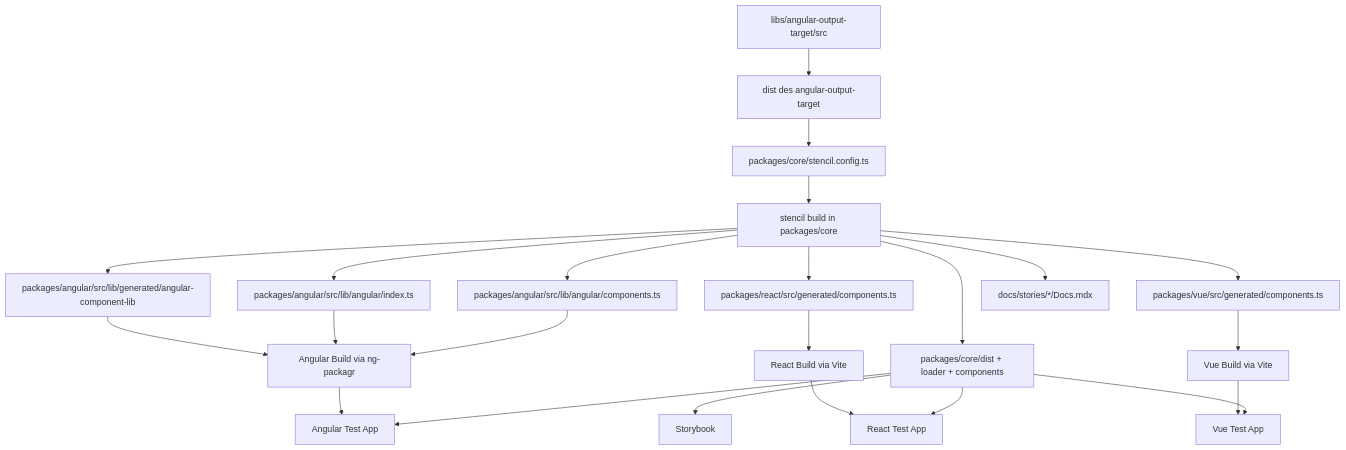
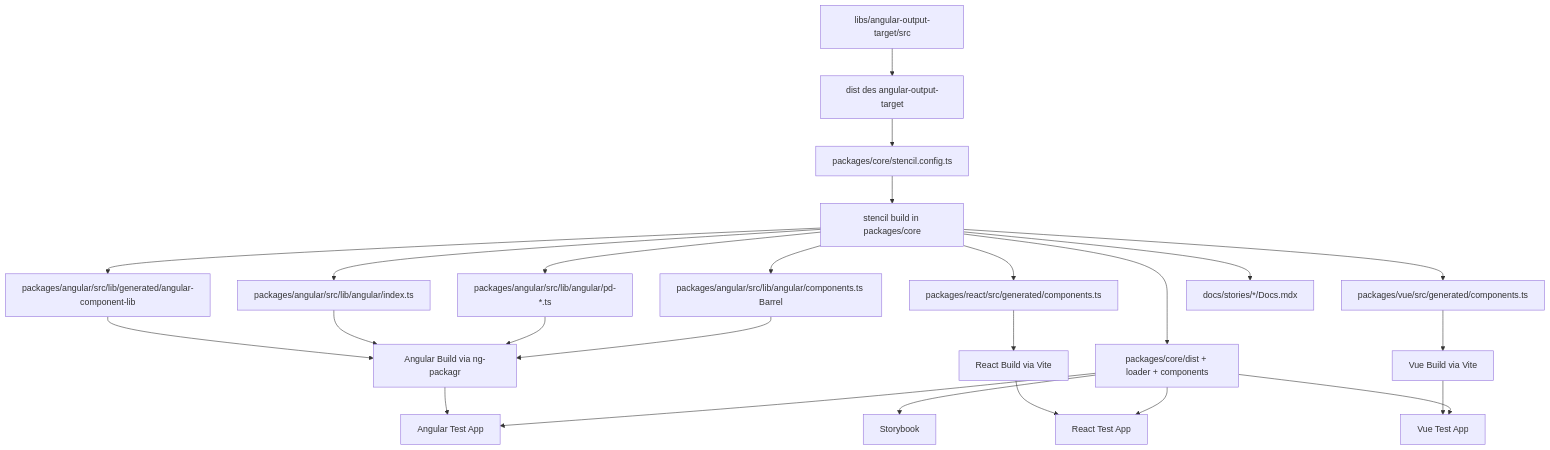
One commit to Begasoft-AG/parlamentsdienste-components changed the first of 2 diagrams in README-tech-project-analysis.md. Above: the diagram before and after it, drawn with Mermaid. The commit also changed other lines of this file and 51 other files, not shown here.

````diff
--- a/README-tech-project-analysis.md
+++ b/README-tech-project-analysis.md
@@ -38,25 +38,27 @@
 ```mermaid
 flowchart TD
     A[libs/angular-output-target/src] --> B[dist des angular-output-target]
     B --> C[packages/core/stencil.config.ts]
     C --> D[stencil build in packages/core]
-    D --> E[packages/angular/src/lib/angular/components.ts]
+    D --> E[packages/angular/src/lib/angular/components.ts Barrel]
+    D --> EA[packages/angular/src/lib/angular/pd-*.ts]
     D --> F[packages/angular/src/lib/angular/index.ts]
     D --> G[packages/angular/src/lib/generated/angular-component-lib]
     D --> H[packages/react/src/generated/components.ts]
     D --> I[packages/vue/src/generated/components.ts]
     D --> J[docs/stories/*/Docs.mdx]
     D --> K[packages/core/dist + loader + components]
     E --> L[Angular Build via ng-packagr]
+    EA --> L
     F --> L
     G --> L
     H --> M[React Build via Vite]
     I --> N[Vue Build via Vite]
     K --> O[Storybook]
     K --> P[Angular Test App]
     K --> Q[React Test App]
     K --> R[Vue Test App]
     L --> P
     M --> Q
     N --> R
 ```
````
